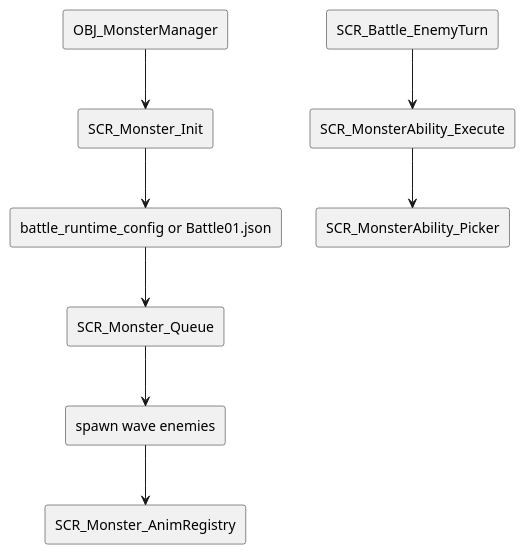
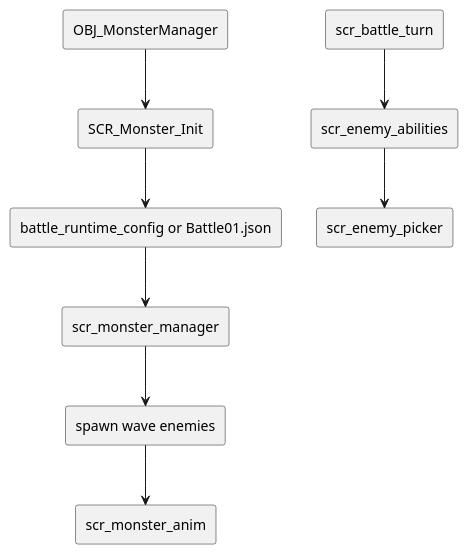
Before and after one commit to ThienNhanOng/ProjectCardGame: the diagram in reference/uml/06_monster.puml, drawn with PlantUML. The commit also changed 799 other files, not shown here.

```diff
--- a/reference/uml/06_monster.puml
+++ b/reference/uml/06_monster.puml
@@ -1,23 +1,23 @@
 @startuml 06_monster
 top to bottom direction
 skinparam componentStyle rectangle
 
 [OBJ_MonsterManager] as MM
 [SCR_Monster_Init] as Init
 [battle_runtime_config or Battle01.json] as cfg
-[SCR_Monster_Queue] as Queue
+[scr_monster_manager] as Queue
 [spawn wave enemies] as spawn
-[SCR_Monster_AnimRegistry] as Anim
-[SCR_Battle_EnemyTurn] as EnemyTurn
-[SCR_MonsterAbility_Execute] as MA
-[SCR_MonsterAbility_Picker] as MA_pick
+[scr_monster_anim] as Anim
+[scr_battle_turn] as EnemyTurn
+[scr_enemy_abilities] as MA
+[scr_enemy_picker] as MA_pick
 
 MM --> Init
 Init --> cfg
 cfg --> Queue
 Queue --> spawn
 spawn --> Anim
 EnemyTurn --> MA
 MA --> MA_pick
 
 @enduml
```
